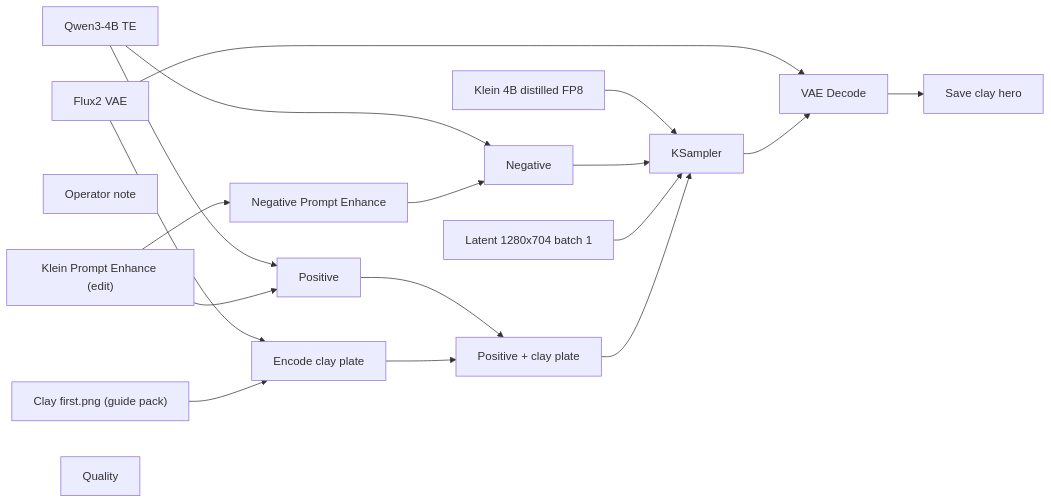
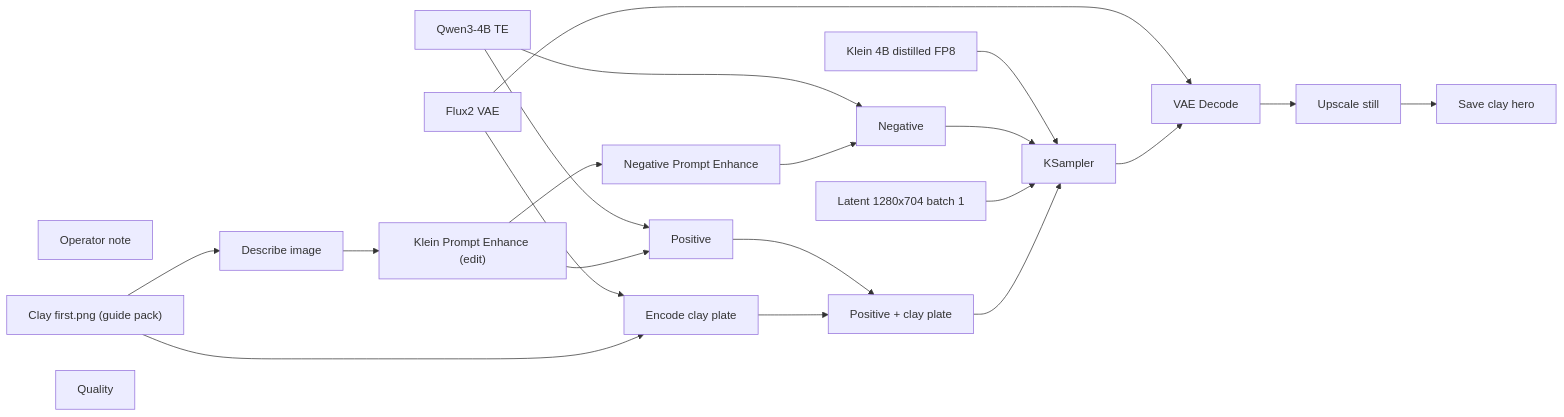
One commit to toxicoder/ez-comfy-stack changed the diagram in docs/generated/workflows/dcc/clay-hero.md. Above: the diagram before and after it, drawn with Mermaid. The commit also changed other lines of this file and 405 other files, not shown here.

First line of the commit message:
feat: add still upscale, describe-in-enhance, and background-swap App

````diff
--- a/docs/generated/workflows/dcc/clay-hero.md
+++ b/docs/generated/workflows/dcc/clay-hero.md
@@ -59,35 +59,40 @@
 ```mermaid
 flowchart LR
   N1["Klein 4B distilled FP8"]
   N2["Qwen3-4B TE"]
   N3["Flux2 VAE"]
   N4["Positive"]
   N5["Negative"]
   N6["Latent 1280x704 batch 1"]
   N7["KSampler"]
   N8["VAE Decode"]
   N9["Save clay hero"]
   N10["Operator note"]
   N11["Clay first.png (guide pack)"]
   N12["Klein Prompt Enhance (edit)"]
   N13["Encode clay plate"]
   N14["Positive + clay plate"]
   N15["Negative Prompt Enhance"]
   N16["Quality"]
+  N17["Upscale still"]
+  N18["Describe image"]
   N1 --> N7
   N2 --> N4
   N2 --> N5
   N3 --> N8
   N3 --> N13
   N4 --> N14
   N5 --> N7
   N6 --> N7
   N7 --> N8
-  N8 --> N9
+  N8 --> N17
   N11 --> N13
+  N11 --> N18
   N12 --> N4
   N12 --> N15
   N13 --> N14
   N14 --> N7
   N15 --> N5
+  N17 --> N9
+  N18 --> N12
 ```
````
